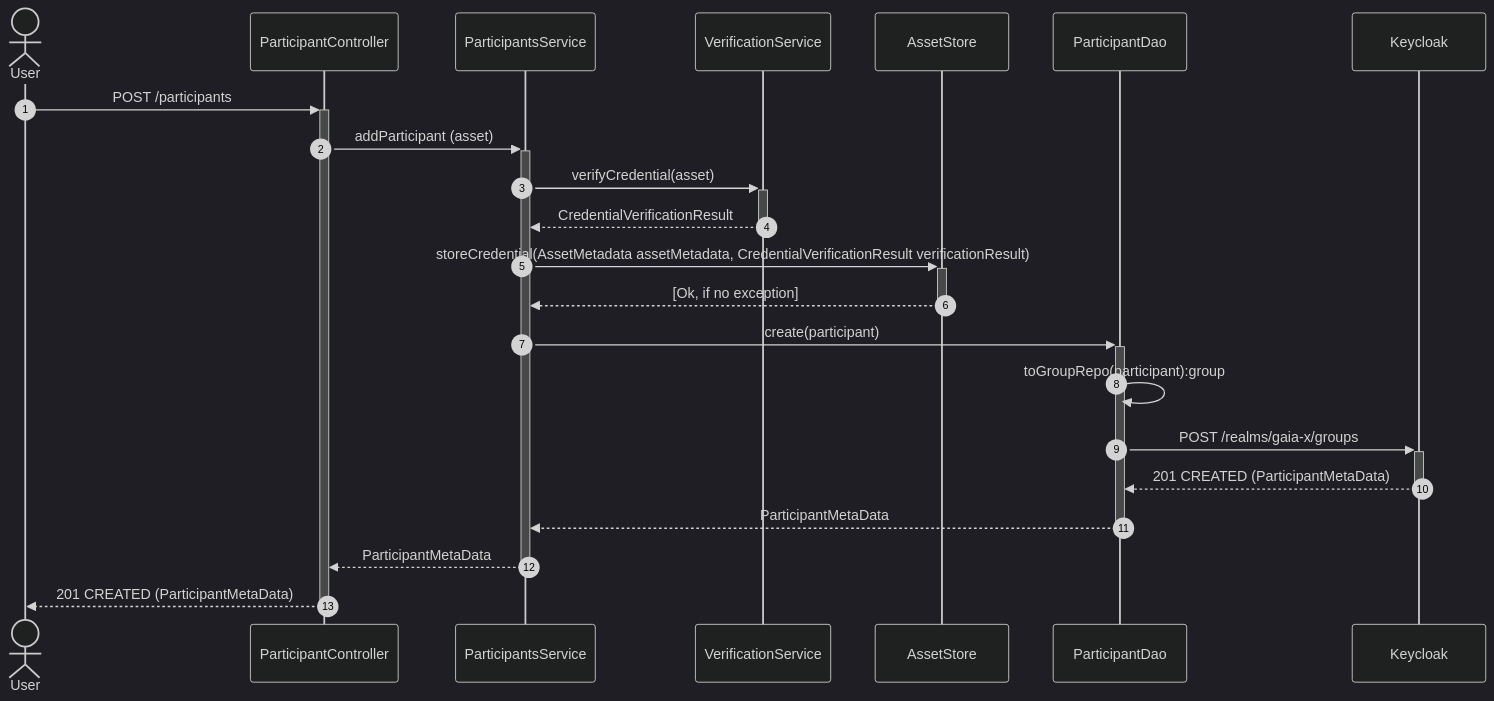
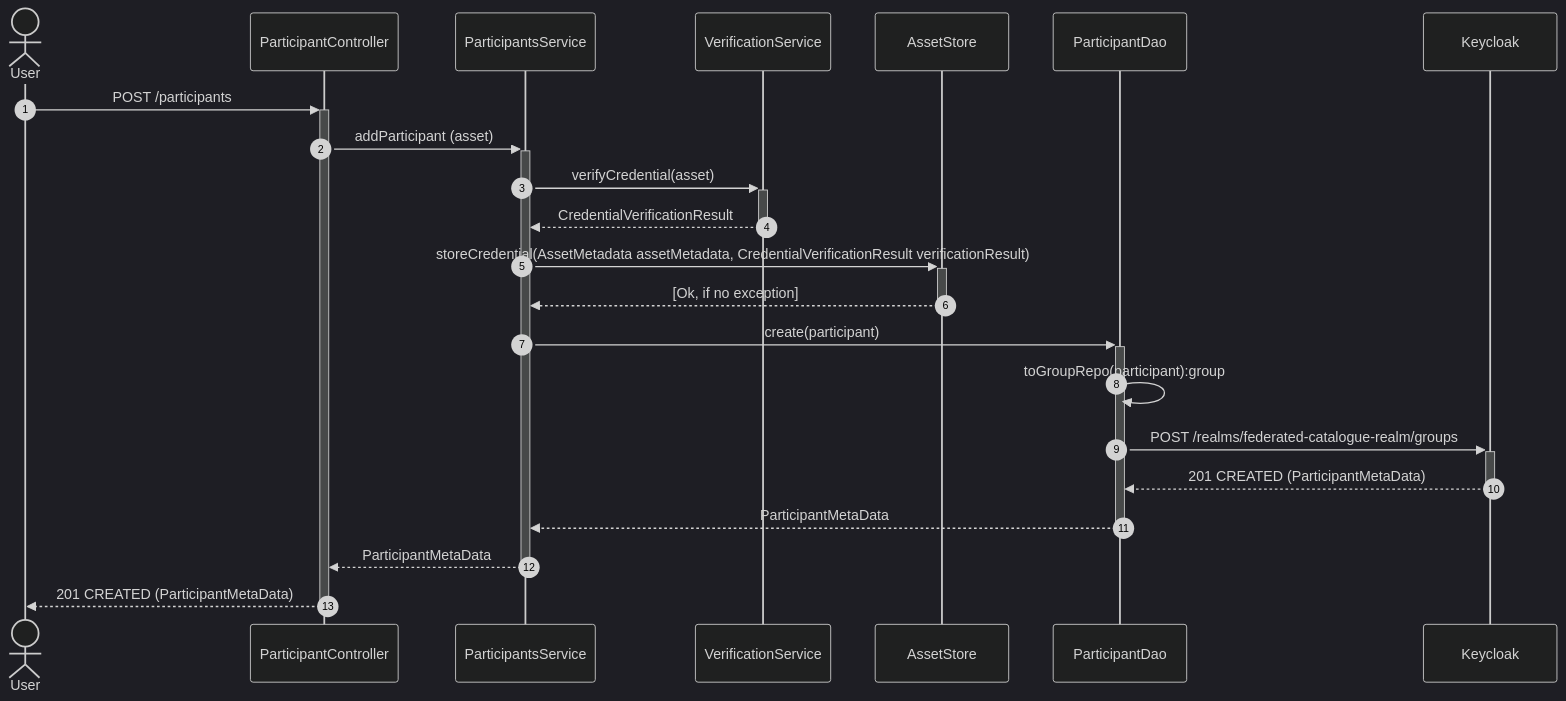
The fifth of 44 diagrams in federated-catalogue/src/docs/architecture/chapters/06_runtime_view.adoc (eclipse-xfsc/docs), drawn with Mermaid (dark theme) before and after one commit. The commit also changed other lines of this file and 1 other file, not shown here.

First line of the commit message:
docs(arc42): Correct Keycloak realm and clarify user management authorization (#39)

```diff
--- a/federated-catalogue/src/docs/architecture/chapters/06_runtime_view.adoc
+++ b/federated-catalogue/src/docs/architecture/chapters/06_runtime_view.adoc
@@ -164,26 +164,26 @@
 [mermaid, width=2000]
 ....
 sequenceDiagram
     autonumber
     actor User
     participant ParticipantController
     participant ParticipantsService
     participant VerificationService
     participant AssetStore as AssetStore
     participant ParticipantDao
     participant Keycloak
 
     User ->> + ParticipantController: POST /participants
     ParticipantController ->> + ParticipantsService: addParticipant (asset)
     ParticipantsService ->> + VerificationService: verifyCredential(asset)
     VerificationService -->> - ParticipantsService: CredentialVerificationResult
     ParticipantsService ->> + AssetStore: storeCredential(AssetMetadata assetMetadata, CredentialVerificationResult verificationResult)
     AssetStore -->> - ParticipantsService: [Ok, if no exception]
     ParticipantsService ->> + ParticipantDao: create(participant)
     ParticipantDao ->> ParticipantDao: toGroupRepo(participant):group
-    ParticipantDao ->> + Keycloak: POST /realms/gaia-x/groups
+    ParticipantDao ->> + Keycloak: POST /realms/federated-catalogue-realm/groups
     Keycloak -->> - ParticipantDao: 201 CREATED (ParticipantMetaData)
     ParticipantDao -->> - ParticipantsService: ParticipantMetaData
     ParticipantsService -->> - ParticipantController: ParticipantMetaData
     ParticipantController -->> - User: 201 CREATED (ParticipantMetaData)
 ....
```
